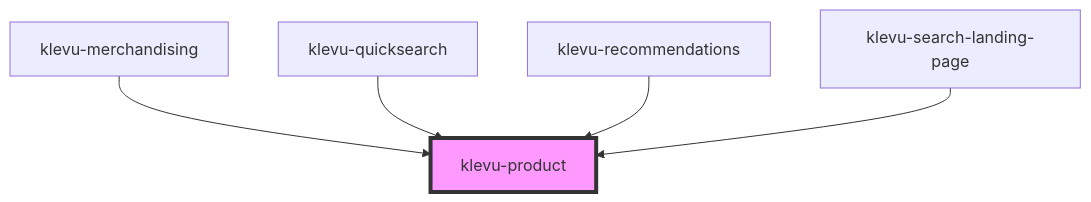
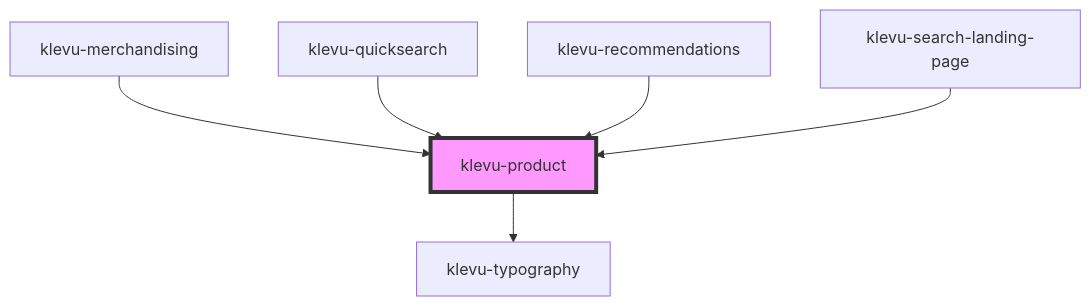
Before and after one commit to klevultd/frontend-sdk: the diagram in packages/klevu-ui/src/components/klevu-product/readme.md, drawn with Mermaid. The commit also changed other lines of this file and 199 other files, not shown here.

````diff
--- a/packages/klevu-ui/src/components/klevu-product/readme.md
+++ b/packages/klevu-ui/src/components/klevu-product/readme.md
@@ -56,8 +71,9 @@
 ```mermaid
 graph TD;
+  klevu-product --> klevu-typography
   klevu-merchandising --> klevu-product
   klevu-quicksearch --> klevu-product
   klevu-recommendations --> klevu-product
   klevu-search-landing-page --> klevu-product
   style klevu-product fill:#f9f,stroke:#333,stroke-width:4px
 ```
````
